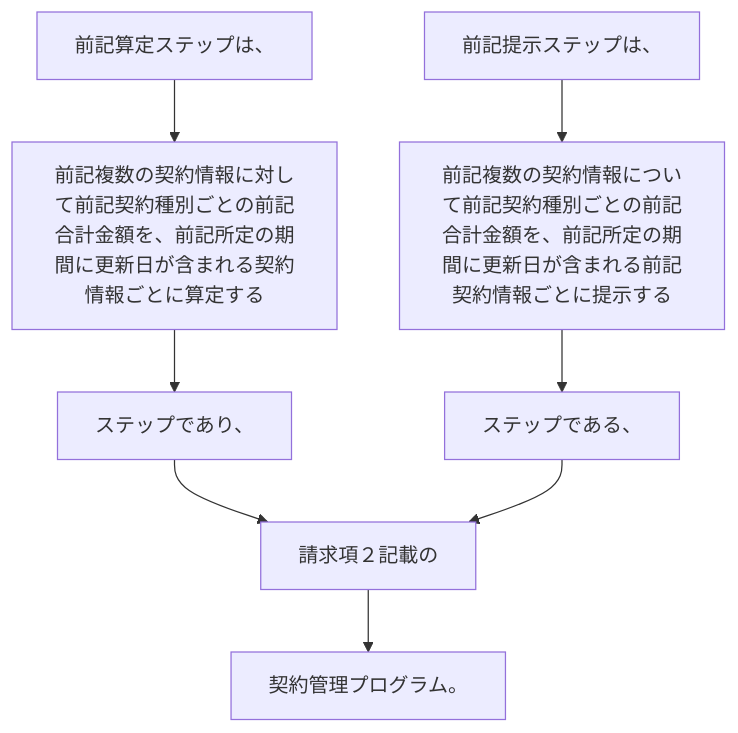
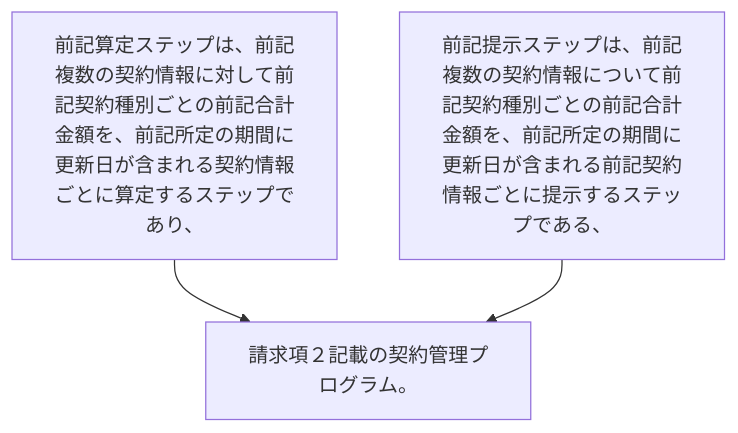
The diagram in 2024/JP2024014095A/claim_3/README.md (shinmori55/patent_analyzed), drawn with Mermaid before and after one commit. The commit also changed 27 other files, not shown here.

````diff
--- a/2024/JP2024014095A/claim_3/README.md
+++ b/2024/JP2024014095A/claim_3/README.md
@@ -4,18 +4,8 @@
 ```mermaid
 flowchart TD
-A[前記算定ステップは、]
-B[前記複数の契約情報に対して前記契約種別ごとの前記合計金額を、前記所定の期間に更新日が含まれる契約情報ごとに算定する]
-C[ステップであり、]
-D[前記提示ステップは、]
-E[前記複数の契約情報について前記契約種別ごとの前記合計金額を、前記所定の期間に更新日が含まれる前記契約情報ごとに提示する]
-F[ステップである、]
-G[請求項２記載の]
-H[契約管理プログラム。]
-A --> B
+A[前記算定ステップは、前記複数の契約情報に対して前記契約種別ごとの前記合計金額を、前記所定の期間に更新日が含まれる契約情報ごとに算定するステップであり、]
+B[前記提示ステップは、前記複数の契約情報について前記契約種別ごとの前記合計金額を、前記所定の期間に更新日が含まれる前記契約情報ごとに提示するステップである、]
+C[請求項２記載の契約管理プログラム。]
+A --> C
 B --> C
-D --> E
-E --> F
-C --> G
-F --> G
-G --> H
 ```
````
